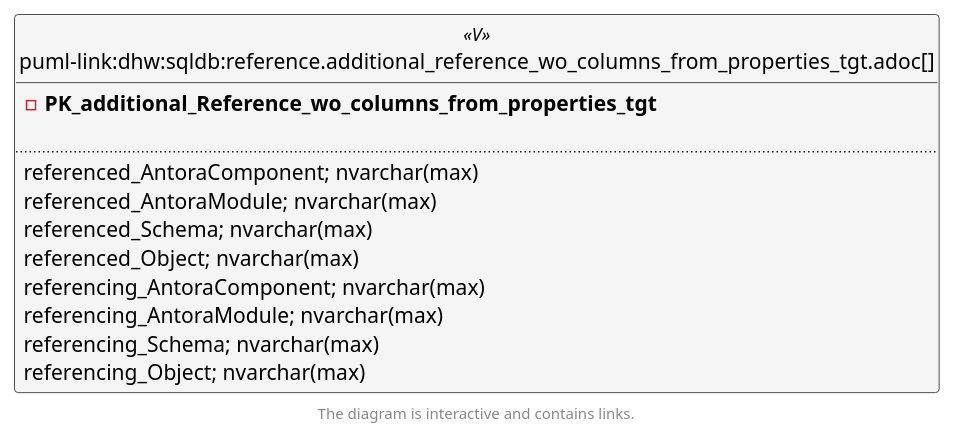
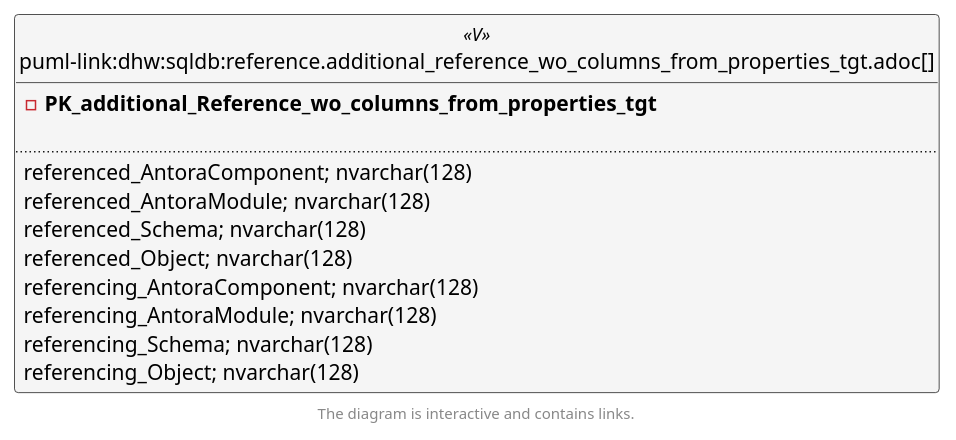
Before and after one commit to DataHandwerk/dhw-antora-sqldb: the second of 6 diagrams in docs/modules/sqldb/partials/content/reference.additional_reference_wo_columns_from_properties_tgt.adoc, drawn with PlantUML. The commit also changed other lines of this file and 641 other files, not shown here.

```diff
--- a/docs/modules/sqldb/partials/content/reference.additional_reference_wo_columns_from_properties_tgt.adoc
+++ b/docs/modules/sqldb/partials/content/reference.additional_reference_wo_columns_from_properties_tgt.adoc
@@ -850,50 +850,50 @@
 [plantuml, entity_1_1_fk-{docname}, svg, subs=macros]
 ....
 @startuml
 left to right direction
 'top to bottom direction
 hide circle
 'avoide "." issues:
 set namespaceSeparator none
 
 
 skinparam class {
   BackgroundColor White
   BackgroundColor<<FN>> Yellow
   BackgroundColor<<FS>> Yellow
   BackgroundColor<<FT>> LightGray
   BackgroundColor<<IF>> Yellow
   BackgroundColor<<IS>> Yellow
   BackgroundColor<<P>>  Aqua
   BackgroundColor<<PC>> Aqua
   BackgroundColor<<SN>> Yellow
   BackgroundColor<<SO>> SlateBlue
   BackgroundColor<<TF>> LightGray
   BackgroundColor<<TR>> Tomato
   BackgroundColor<<U>>  White
   BackgroundColor<<V>>  WhiteSmoke
   BackgroundColor<<X>>  Aqua
   BackgroundColor<<external>> AliceBlue
 }
 
 
 entity "puml-link:dhw:sqldb:reference.additional_reference_wo_columns_from_properties_tgt.adoc[]" as reference.additional_Reference_wo_columns_from_properties_tgt << V >> {
 - **PK_additional_Reference_wo_columns_from_properties_tgt**
 
 ..
-referenced_AntoraComponent; nvarchar(max)
-referenced_AntoraModule; nvarchar(max)
-referenced_Schema; nvarchar(max)
-referenced_Object; nvarchar(max)
-referencing_AntoraComponent; nvarchar(max)
-referencing_AntoraModule; nvarchar(max)
-referencing_Schema; nvarchar(max)
-referencing_Object; nvarchar(max)
+referenced_AntoraComponent; nvarchar(128)
+referenced_AntoraModule; nvarchar(128)
+referenced_Schema; nvarchar(128)
+referenced_Object; nvarchar(128)
+referencing_AntoraComponent; nvarchar(128)
+referencing_AntoraModule; nvarchar(128)
+referencing_Schema; nvarchar(128)
+referencing_Object; nvarchar(128)
 }
 
 
 
 footer The diagram is interactive and contains links.
 
 @enduml
 ....
```
